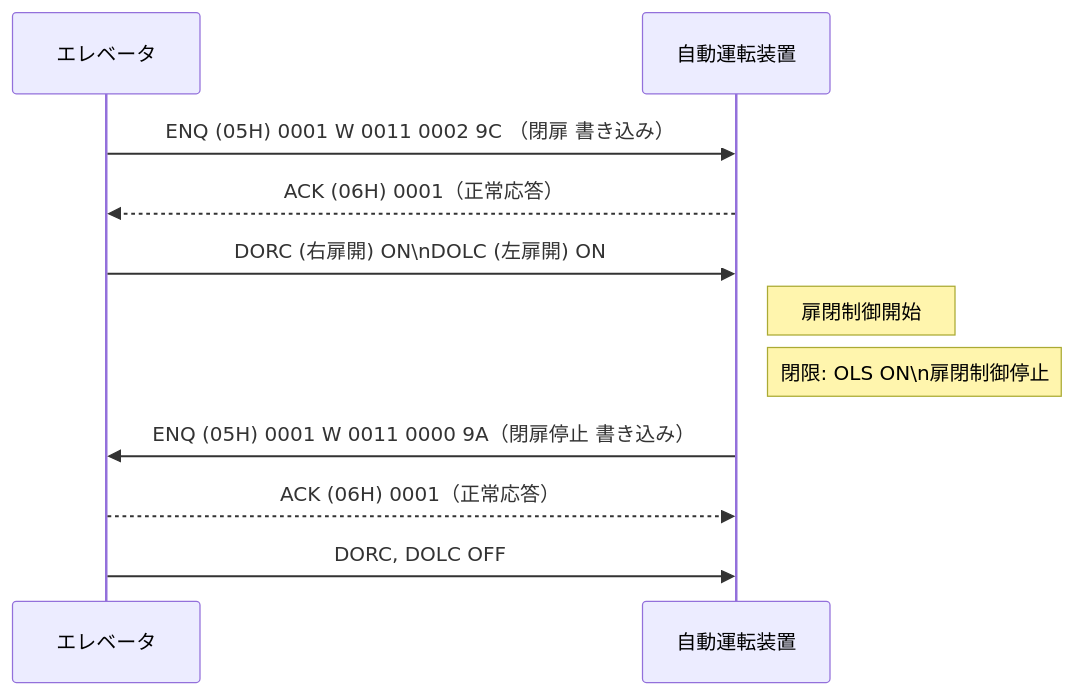
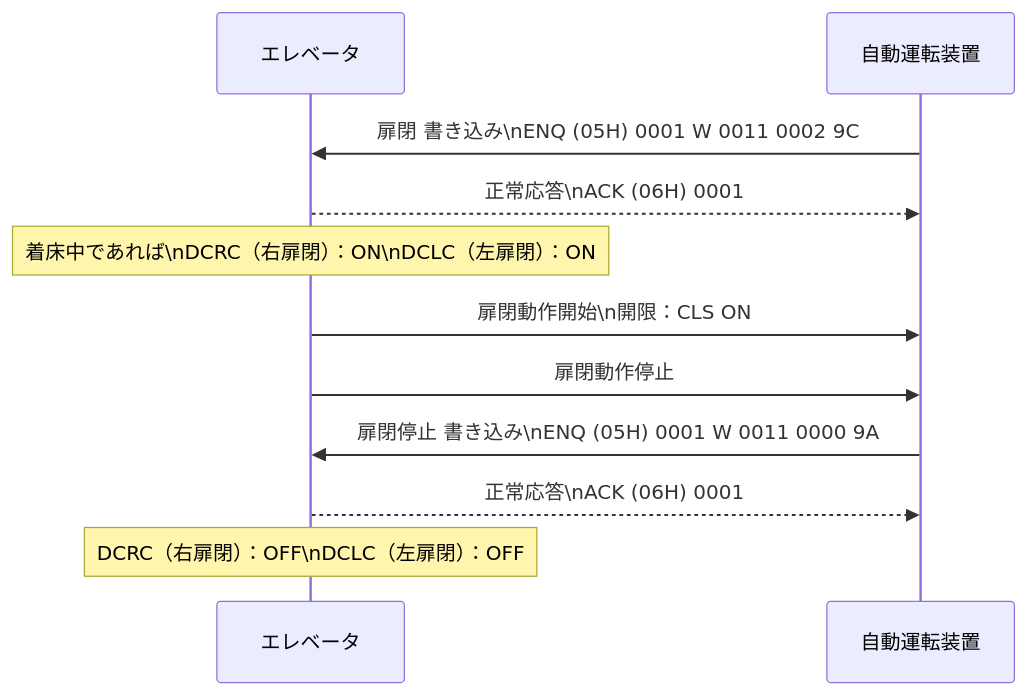
Before and after one commit to isec-promotion/elevator-simulator: the fifth of 6 diagrams in SEC-3000H構成資料.md, drawn with Mermaid. The commit also changed other lines of this file and 75 other files, not shown here.

````diff
--- a/SEC-3000H構成資料.md
+++ b/SEC-3000H構成資料.md
@@ -219,14 +258,18 @@
 ```mermaid
 sequenceDiagram
     participant エレベータ
     participant 自動運転装置
 
-    エレベータ->>自動運転装置: ENQ (05H) 0001 W 0011 0002 9C （閉扉 書き込み）
-    自動運転装置-->>エレベータ: ACK (06H) 0001（正常応答）
-    エレベータ->>自動運転装置: DORC (右扉開) ON\nDOLC (左扉開) ON
-    Note right of 自動運転装置: 扉閉制御開始
-    Note right of 自動運転装置: 閉限: OLS ON\n扉閉制御停止
-    自動運転装置->>エレベータ: ENQ (05H) 0001 W 0011 0000 9A（閉扉停止 書き込み）
-    エレベータ-->>自動運転装置: ACK (06H) 0001（正常応答）
-    エレベータ->>自動運転装置: DORC, DOLC OFF
+    自動運転装置->>エレベータ: 扉閉 書き込み\nENQ (05H) 0001 W 0011 0002 9C
+    エレベータ-->>自動運転装置: 正常応答\nACK (06H) 0001
+
+    Note over エレベータ: 着床中であれば\nDCRC（右扉閉）：ON\nDCLC（左扉閉）：ON
+
+    エレベータ->>自動運転装置: 扉閉動作開始\n開限：CLS ON
+    エレベータ->>自動運転装置: 扉閉動作停止
+
+    自動運転装置->>エレベータ: 扉閉停止 書き込み\nENQ (05H) 0001 W 0011 0000 9A
+    エレベータ-->>自動運転装置: 正常応答\nACK (06H) 0001
+
+    Note over エレベータ: DCRC（右扉閉）：OFF\nDCLC（左扉閉）：OFF
 ```
````
